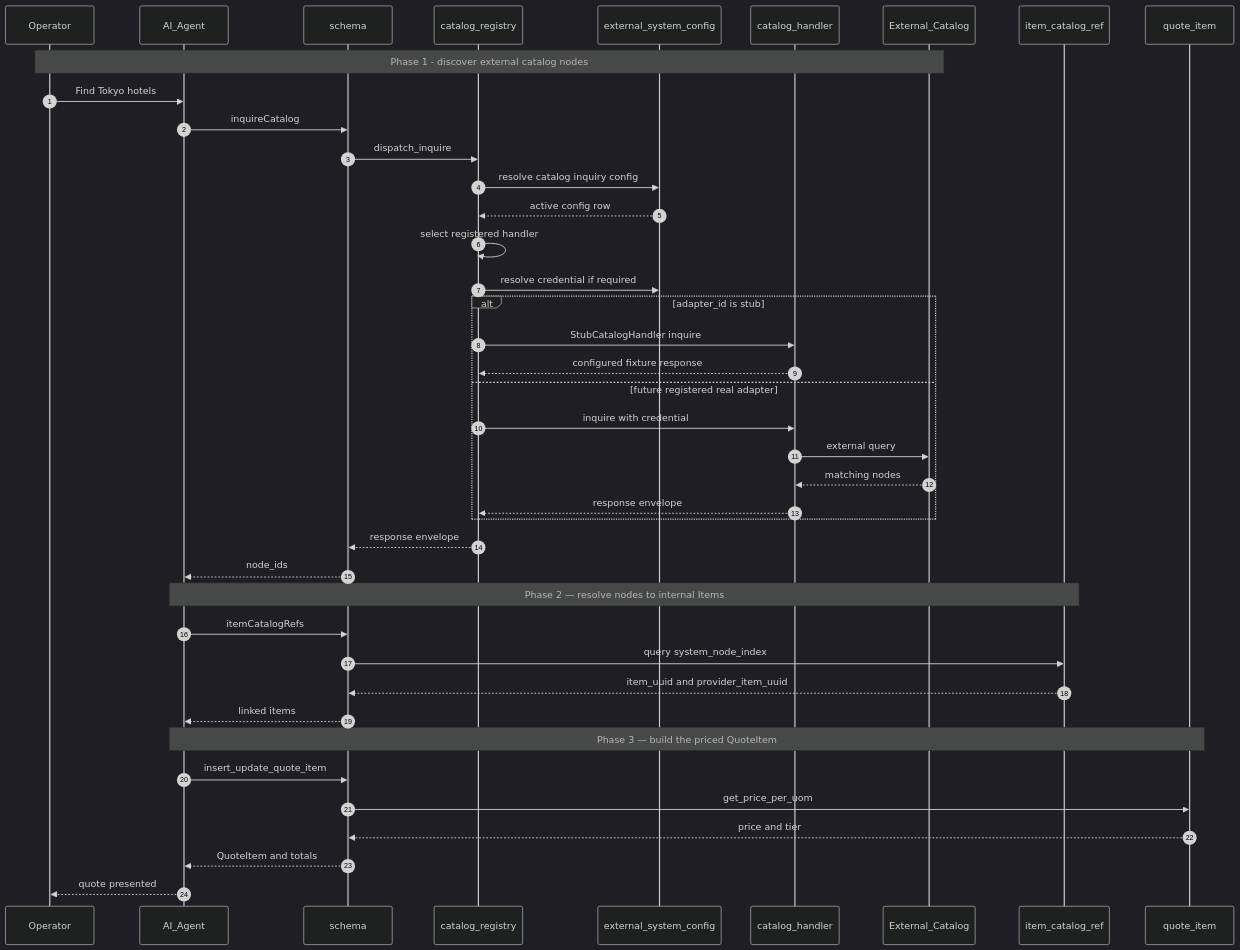
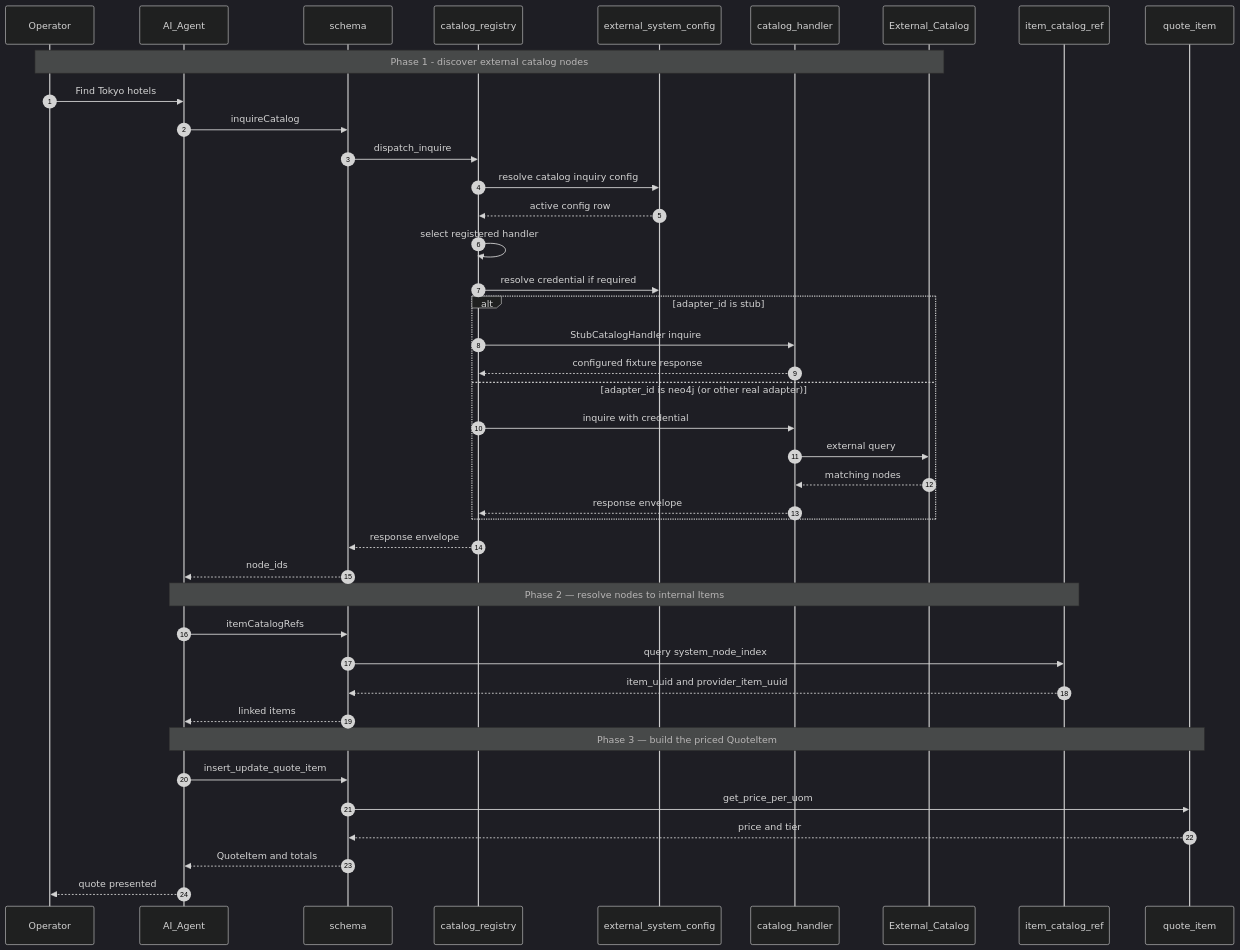
Before and after one commit to ideabosque/ai_rfq_engine: the first of 3 diagrams in docs/HOSPITALITY_BUSINESS_GAP_PLAN.md, drawn with Mermaid (dark theme). The commit also changed other lines of this file and 14 other files, not shown here.

````diff
--- a/docs/HOSPITALITY_BUSINESS_GAP_PLAN.md
+++ b/docs/HOSPITALITY_BUSINESS_GAP_PLAN.md
@@ -739,46 +750,46 @@
 ```mermaid
 sequenceDiagram
     autonumber
     participant Operator
     participant AI_Agent
     participant schema
     participant catalog_registry
     participant external_system_config
     participant catalog_handler
     participant External_Catalog
     participant item_catalog_ref
     participant quote_item
 
     Note over Operator,External_Catalog: Phase 1 - discover external catalog nodes
     Operator->>AI_Agent: Find Tokyo hotels
     AI_Agent->>schema: inquireCatalog
     schema->>catalog_registry: dispatch_inquire
     catalog_registry->>external_system_config: resolve catalog inquiry config
     external_system_config-->>catalog_registry: active config row
     catalog_registry->>catalog_registry: select registered handler
     catalog_registry->>external_system_config: resolve credential if required
     alt adapter_id is stub
         catalog_registry->>catalog_handler: StubCatalogHandler inquire
         catalog_handler-->>catalog_registry: configured fixture response
-    else future registered real adapter
+    else adapter_id is neo4j (or other real adapter)
         catalog_registry->>catalog_handler: inquire with credential
         catalog_handler->>External_Catalog: external query
         External_Catalog-->>catalog_handler: matching nodes
         catalog_handler-->>catalog_registry: response envelope
     end
     catalog_registry-->>schema: response envelope
     schema-->>AI_Agent: node_ids
 
     Note over AI_Agent,item_catalog_ref: Phase 2 — resolve nodes to internal Items
     AI_Agent->>schema: itemCatalogRefs
     schema->>item_catalog_ref: query system_node_index
     item_catalog_ref-->>schema: item_uuid and provider_item_uuid
     schema-->>AI_Agent: linked items
 
     Note over AI_Agent,quote_item: Phase 3 — build the priced QuoteItem
     AI_Agent->>schema: insert_update_quote_item
     schema->>quote_item: get_price_per_uom
     quote_item-->>schema: price and tier
     schema-->>AI_Agent: QuoteItem and totals
     AI_Agent-->>Operator: quote presented
 ```
````
